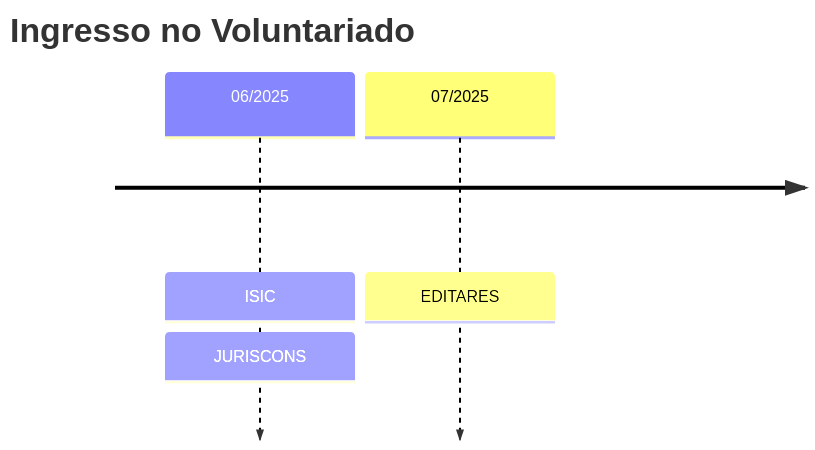
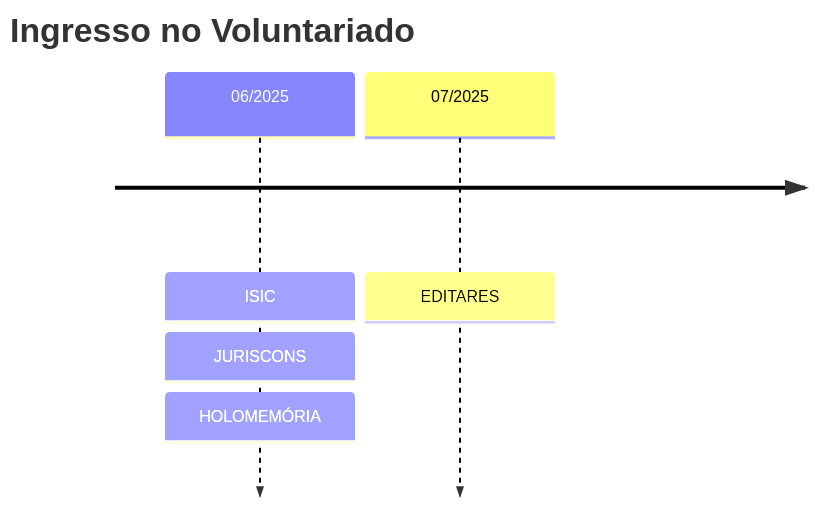
One commit to edusantana/autopesquisa-voluntariado-relatorio-2025 changed the diagram in index.qmd. Above: the diagram before and after it, drawn with Mermaid. The commit also changed other lines of this file and 1 other file, not shown here.

````diff
--- a/index.qmd
+++ b/index.qmd
@@ -159,7 +159,8 @@
 ```{mermaid}
 timeline
     title Ingresso no Voluntariado
     06/2025 : ISIC
             : JURISCONS
+            : HOLOMEMÓRIA
     07/2025 : EDITARES
 ```
````
